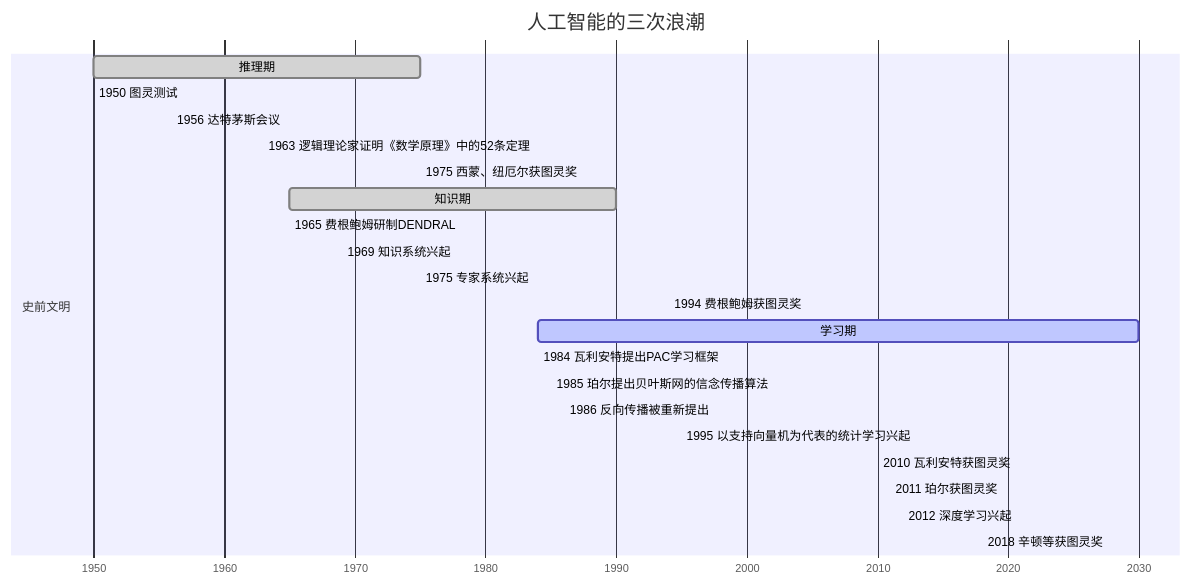
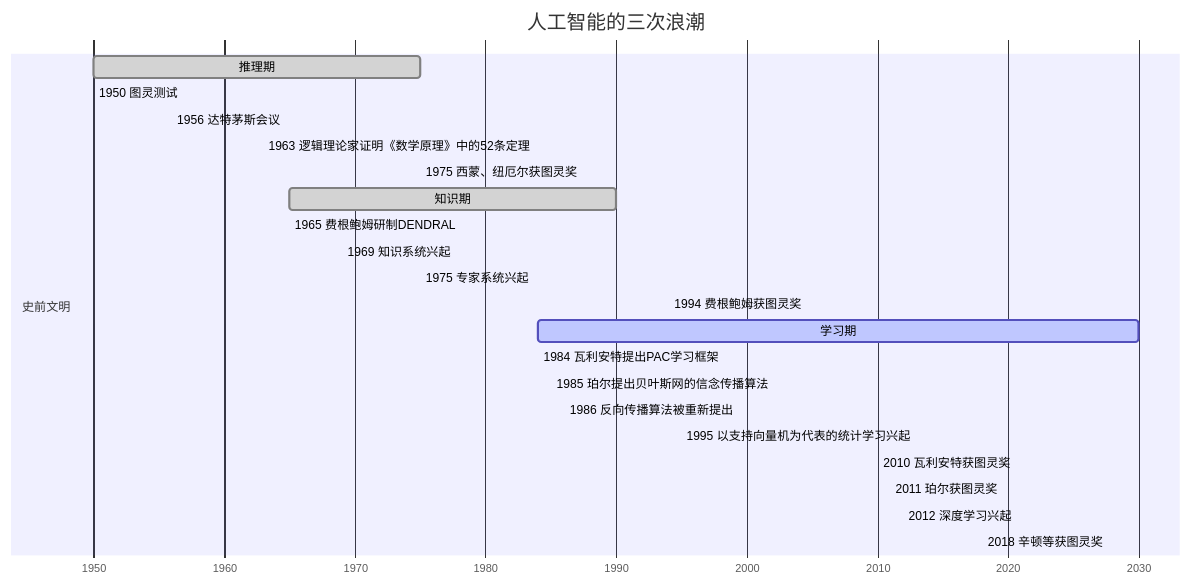
One commit to Avanti1980/course-ml changed the diagram in mermaid/ai.mermaid. Above: the diagram before and after it, drawn with Mermaid. The commit also changed 16 other files, not shown here.

```diff
--- a/mermaid/ai.mermaid
+++ b/mermaid/ai.mermaid
@@ -1,29 +1,29 @@
 gantt
 todayMarker off
 dateFormat YYYY
 axisFormat %Y
 title 人工智能的三次浪潮
 
 section 史前文明
 
 推理期: done, 1950, 1975
 1950 图灵测试: 1950, milestone
 1956 达特茅斯会议: 1956, milestone
 1963 逻辑理论家证明《数学原理》中的52条定理: 1963, milestone
 1975 西蒙、纽厄尔获图灵奖: 1975, milestone
 
 知识期: done, 1965, 1990
 1965 费根鲍姆研制DENDRAL: 1965, milestone
 1969 知识系统兴起: 1969, milestone
 1975 专家系统兴起: 1975, milestone
 1994 费根鲍姆获图灵奖: 1994, milestone
 
 学习期: active, 1984, 2030
 1984 瓦利安特提出PAC学习框架: 1984, milestone
 1985 珀尔提出贝叶斯网的信念传播算法: 1985, milestone
-1986 反向传播被重新提出: 1986, milestone
+1986 反向传播算法被重新提出: 1986, milestone
 1995 以支持向量机为代表的统计学习兴起: 1995, milestone
 2010 瓦利安特获图灵奖: 2010, milestone
 2011 珀尔获图灵奖: 2011, milestone
 2012 深度学习兴起: 2012, milestone
 2018 辛顿等获图灵奖: 2018, milestone
```
